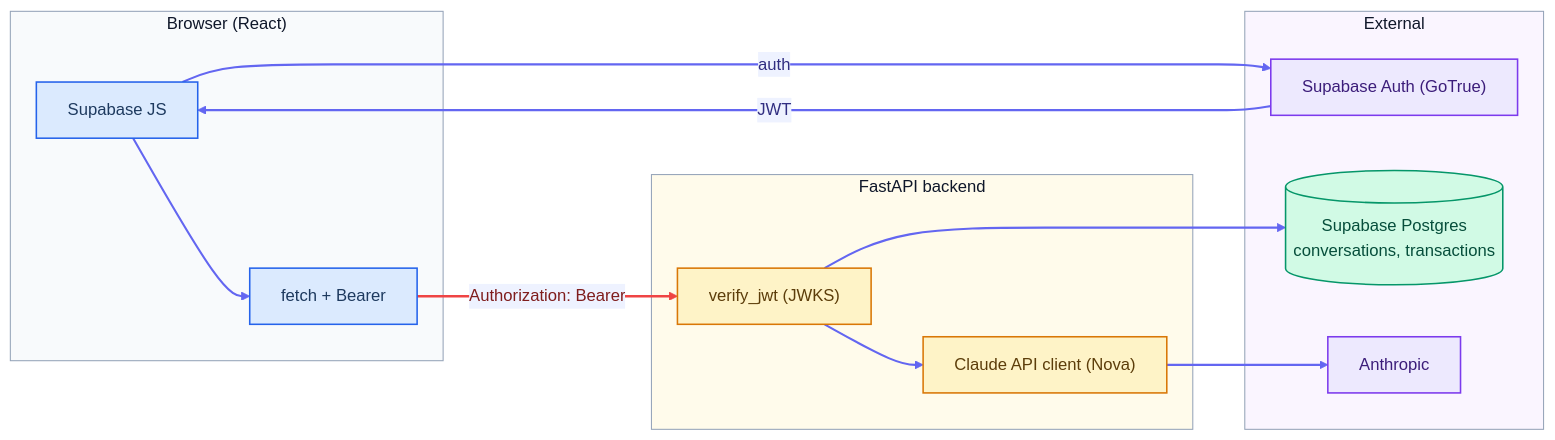
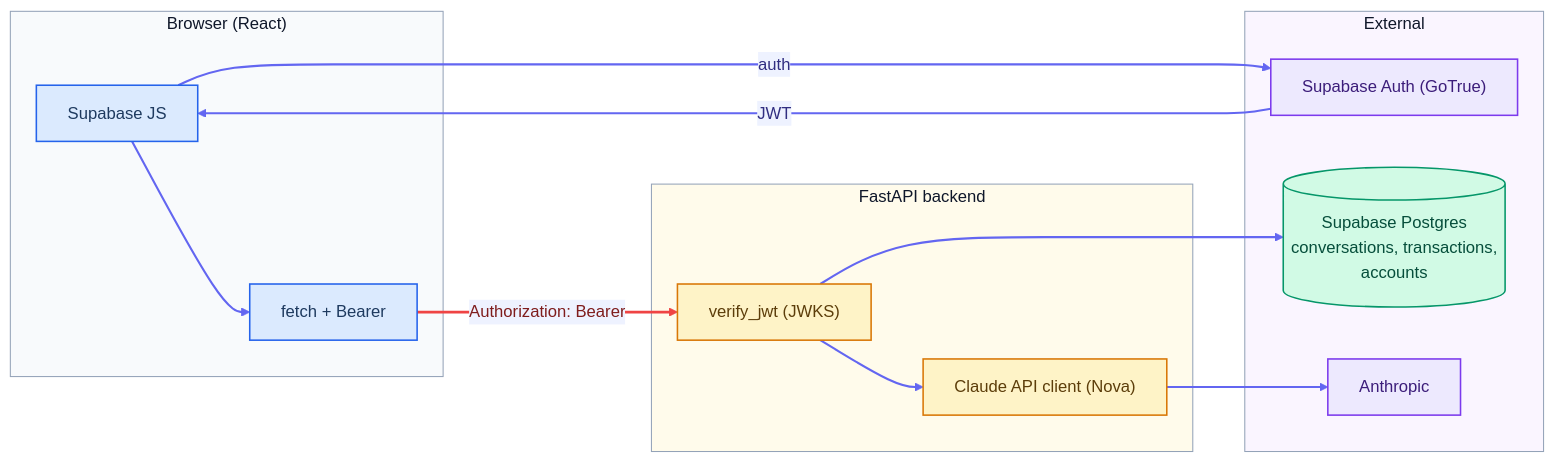
One commit to spolivin/novabank changed the diagram in README.md. Above: the diagram before and after it, drawn with Mermaid. The commit also changed other lines of this file, not shown here.

Commit message:
docs(readme): document dashboard summary endpoints and accounts table

````diff
--- a/README.md
+++ b/README.md
@@ -92,44 +93,44 @@
 ```mermaid
 %%{init: {"theme":"base","themeVariables":{"edgeLabelBackground":"#eef2ff","lineColor":"#6366f1"}}}%%
 flowchart LR
     subgraph browser["Browser (React)"]
         sdk["Supabase JS"]
         req["fetch + Bearer"]
     end
 
     subgraph backend["FastAPI backend"]
         jwt["verify_jwt (JWKS)"]
         nova["Claude API client (Nova)"]
     end
 
     subgraph external["External"]
         auth["Supabase Auth (GoTrue)"]
-        db[("Supabase Postgres<br/>conversations, transactions")]
+        db[("Supabase Postgres<br/>conversations, transactions,<br/>accounts")]
         anthropic["Anthropic"]
     end
 
     sdk -- auth --> auth
     auth -- JWT --> sdk
     sdk --> req
     req -- "Authorization: Bearer" --> jwt
     jwt --> db
     jwt --> nova
     nova --> anthropic
 
     classDef client fill:#dbeafe,stroke:#2563eb,stroke-width:1.5px,color:#1e3a5f
     classDef server fill:#fef3c7,stroke:#d97706,stroke-width:1.5px,color:#5c3d0a
     classDef vendor fill:#ede9fe,stroke:#7c3aed,stroke-width:1.5px,color:#3c1d7a
     classDef store  fill:#d1fae5,stroke:#059669,stroke-width:1.5px,color:#064e3b
 
     class sdk,req client
     class jwt,nova server
     class auth,anthropic vendor
     class db store
 
     style browser  fill:#f8fafc,stroke:#94a3b8,stroke-width:1px,color:#0f172a
     style backend  fill:#fffbeb,stroke:#94a3b8,stroke-width:1px,color:#0f172a
     style external fill:#faf5ff,stroke:#94a3b8,stroke-width:1px,color:#0f172a
 
     linkStyle 0,1,2,4,5,6 stroke:#6366f1,stroke-width:2px,color:#312e81
     linkStyle 3 stroke:#ef4444,stroke-width:2.5px,color:#7f1d1d
 ```
````
